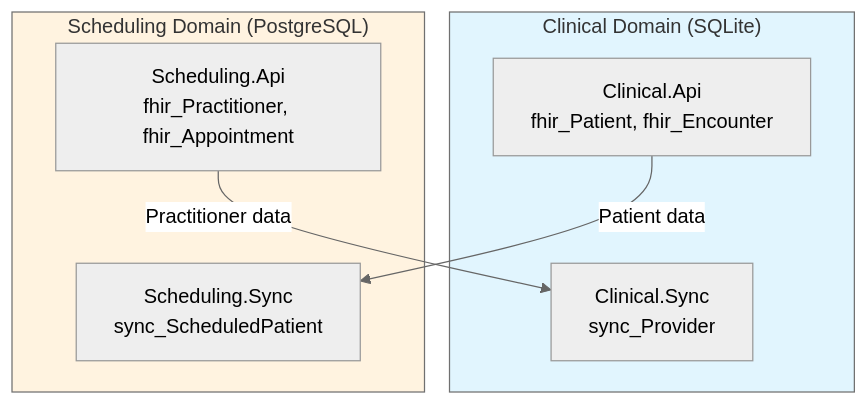
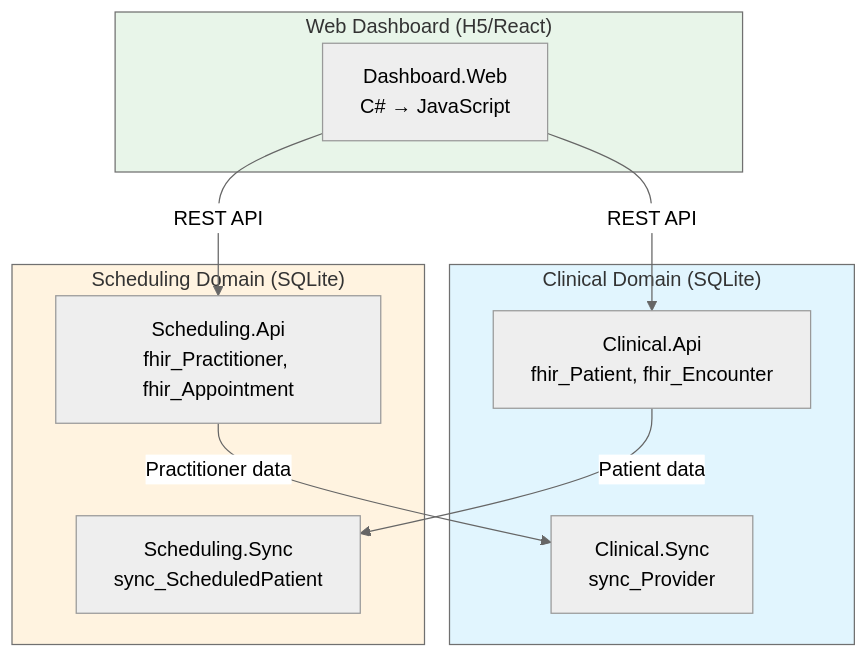
Before and after one commit to MelbourneDeveloper/DataProvider: the diagram in Samples/readme.md, drawn with Mermaid (neutral theme). The commit also changed other lines of this file and 26 other files, not shown here.

````diff
--- a/Samples/readme.md
+++ b/Samples/readme.md
@@ -7,18 +7,25 @@
 ```mermaid
 graph TB
+    subgraph Dashboard["Web Dashboard (H5/React)"]
+        DW[Dashboard.Web<br/>C# → JavaScript]
+    end
+
     subgraph Clinical["Clinical Domain (SQLite)"]
         CA[Clinical.Api<br/>fhir_Patient, fhir_Encounter]
         CS[Clinical.Sync<br/>sync_Provider]
     end
 
-    subgraph Scheduling["Scheduling Domain (PostgreSQL)"]
+    subgraph Scheduling["Scheduling Domain (SQLite)"]
         SA[Scheduling.Api<br/>fhir_Practitioner, fhir_Appointment]
         SS[Scheduling.Sync<br/>sync_ScheduledPatient]
     end
 
+    DW -->|REST API| CA
+    DW -->|REST API| SA
     CA -->|Patient data| SS
     SA -->|Practitioner data| CS
 
+    style Dashboard fill:#e8f5e9
     style Clinical fill:#e1f5fe
     style Scheduling fill:#fff3e0
 ```
````
